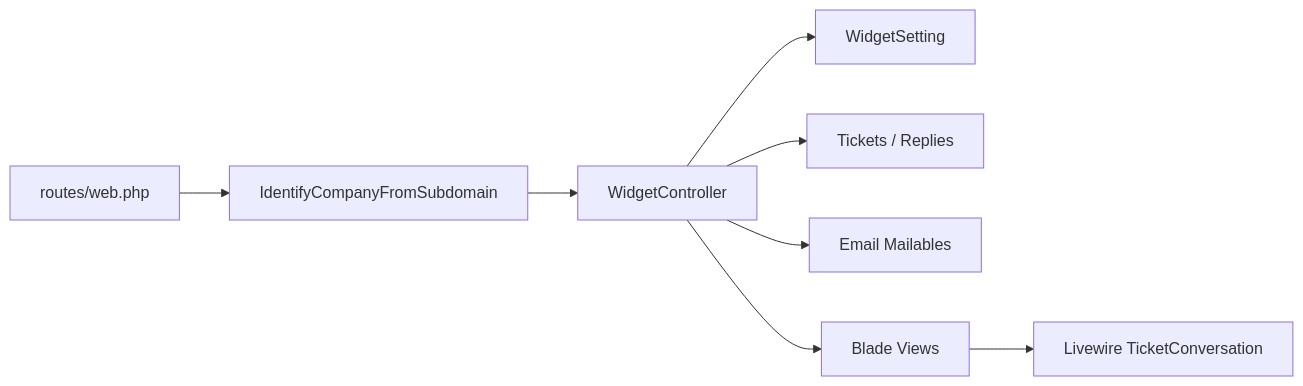
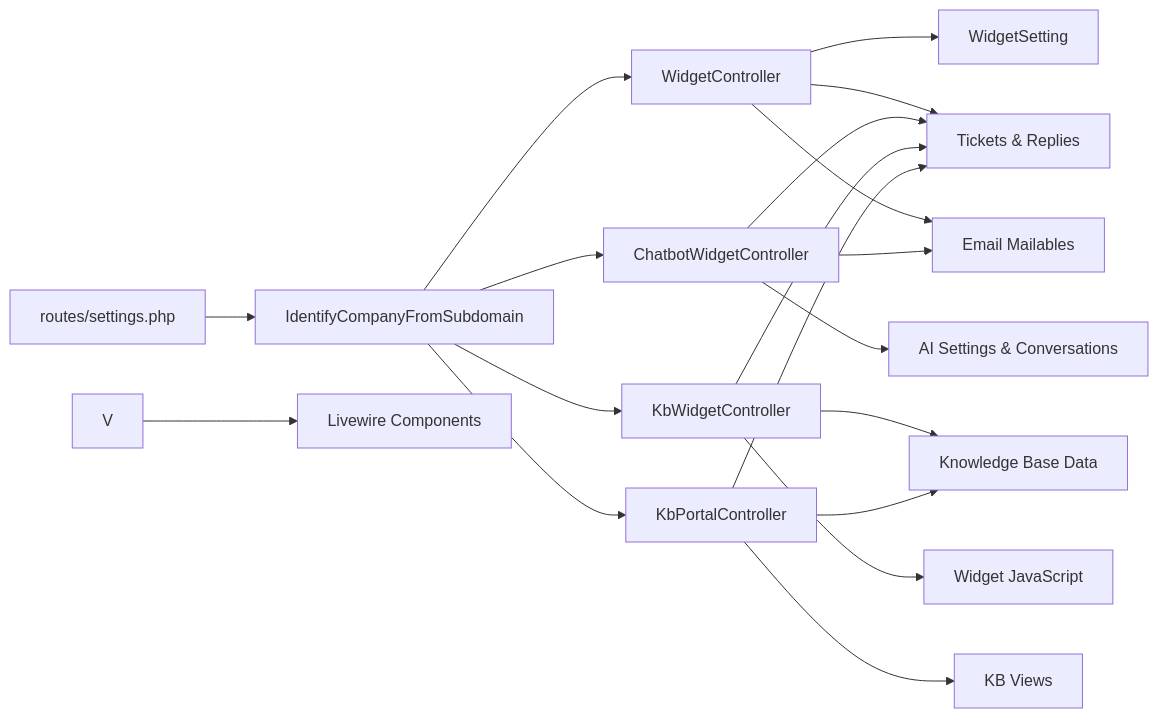
One commit to younesgamer68/helpdesk-system changed the ninth of 9 diagrams in .qoder/repowiki/en/content/Widget System/Widget System.md. Above: the diagram before and after it, drawn with Mermaid. The commit also changed other lines of this file and 210 other files, not shown here.

````diff
--- a/.qoder/repowiki/en/content/Widget System/Widget System.md
+++ b/.qoder/repowiki/en/content/Widget System/Widget System.md
@@ -267,10 +376,21 @@
 ```mermaid
 graph LR
-R["routes/web.php"] --> MW["IdentifyCompanyFromSubdomain"]
+R["routes/settings.php"] --> MW["IdentifyCompanyFromSubdomain"]
 MW --> WC["WidgetController"]
+MW --> CBC["ChatbotWidgetController"]
+MW --> KBC["KbWidgetController"]
+MW --> KC["KbPortalController"]
 WC --> WS["WidgetSetting"]
-WC --> DB["Tickets / Replies"]
+CBC --> AI["AI Settings & Conversations"]
+KBC --> KB["Knowledge Base Data"]
+KC --> KB
+WC --> DB["Tickets & Replies"]
+CBC --> DB
+KBC --> DB
+KC --> DB
 WC --> EM["Email Mailables"]
-WC --> V["Blade Views"]
-V --> LV["Livewire TicketConversation"]
+CBC --> EM
+KBC --> JS["Widget JavaScript"]
+KC --> Views["KB Views"]
+V --> LV["Livewire Components"]
 ```
````
